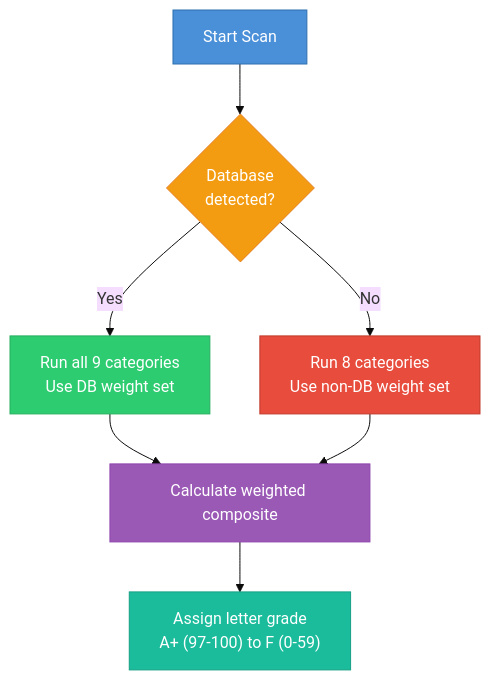
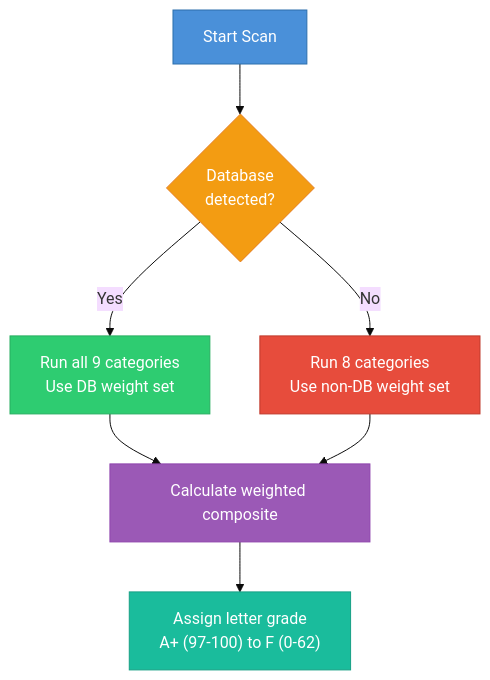
Before and after one commit to krwhynot/deepgrade: the fourth of 13 diagrams in METHODOLOGY.md, drawn with Mermaid (base theme). The commit also changed other lines of this file and 30 other files, not shown here.

````diff
--- a/METHODOLOGY.md
+++ b/METHODOLOGY.md
@@ -549,16 +551,16 @@
 ```mermaid
 graph TD
     START["Start Scan"] --> PRE{"Database<br/>detected?"}
     PRE -->|Yes| DB["Run all 9 categories<br/>Use DB weight set"]
     PRE -->|No| NODB["Run 8 categories<br/>Use non-DB weight set"]
     DB --> CALC["Calculate weighted composite"]
     NODB --> CALC
-    CALC --> GRADE["Assign letter grade<br/>A+ (97-100) to F (0-59)"]
+    CALC --> GRADE["Assign letter grade<br/>A+ (97-100) to F (0-62)"]
 
     style START fill:#4A90D9,stroke:#2C6FAC,color:#fff
     style PRE fill:#F39C12,stroke:#E67E22,color:#fff
     style DB fill:#2ECC71,stroke:#27AE60,color:#fff
     style NODB fill:#E74C3C,stroke:#C0392B,color:#fff
     style CALC fill:#9B59B6,stroke:#8E44AD,color:#fff
     style GRADE fill:#1ABC9C,stroke:#16A085,color:#fff
 ```
````
